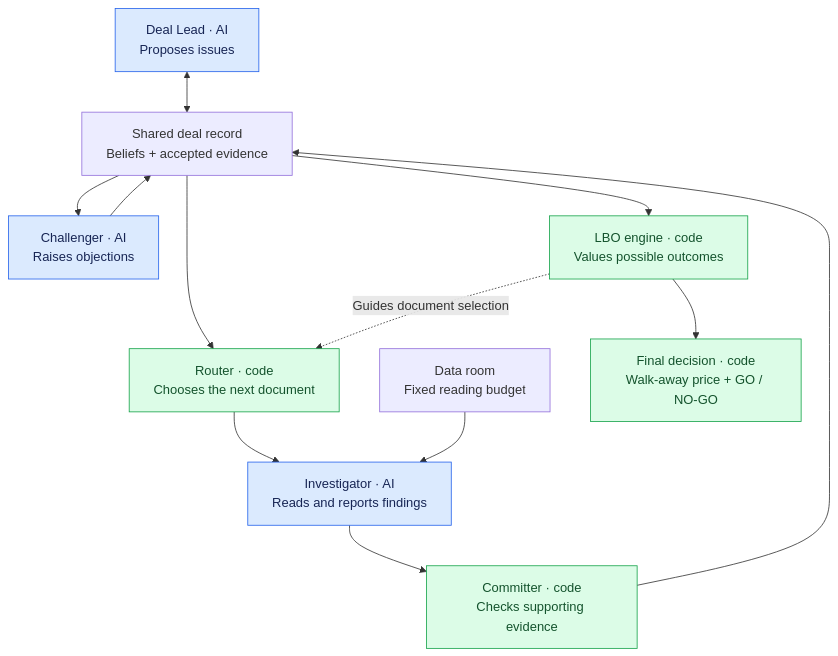
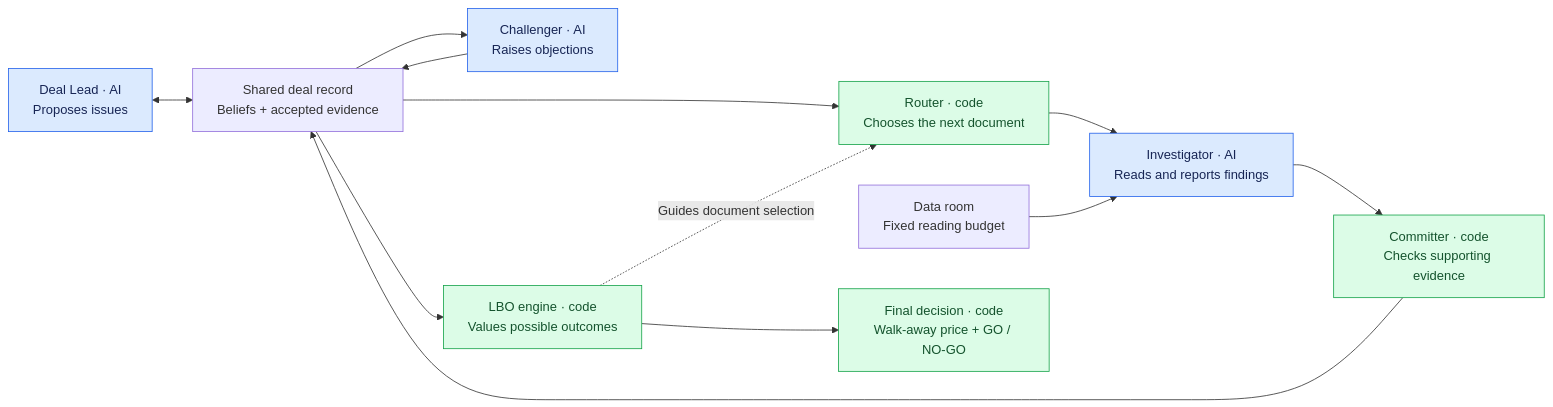
The second of 2 diagrams in README.md (dmbritton1/Acquisition-Lab), drawn with Mermaid before and after one commit.

Commit message:
docs: README: lay out the Team diagram left to right so it isn't a tall column

````diff
--- a/README.md
+++ b/README.md
@@ -47,21 +47,21 @@
 ```mermaid
-flowchart TD
+flowchart LR
     L["Deal Lead · AI<br/>Proposes issues"] <--> B["Shared deal record<br/>Beliefs + accepted evidence"]
     B --> R["Router · code<br/>Chooses the next document"]
     R --> I["Investigator · AI<br/>Reads and reports findings"]
     D["Data room<br/>Fixed reading budget"] --> I
     I --> C["Committer · code<br/>Checks supporting evidence"]
     C --> B
 
     B --> H["Challenger · AI<br/>Raises objections"]
     H --> B
 
     B --> E["LBO engine · code<br/>Values possible outcomes"]
     E -. "Guides document selection" .-> R
     E --> F["Final decision · code<br/>Walk-away price + GO / NO-GO"]
 
     classDef ai fill:#dbeafe,stroke:#2563eb,color:#172554
     classDef code fill:#dcfce7,stroke:#16a34a,color:#14532d
     class L,I,H ai
     class R,C,E,F code
 ```
````
